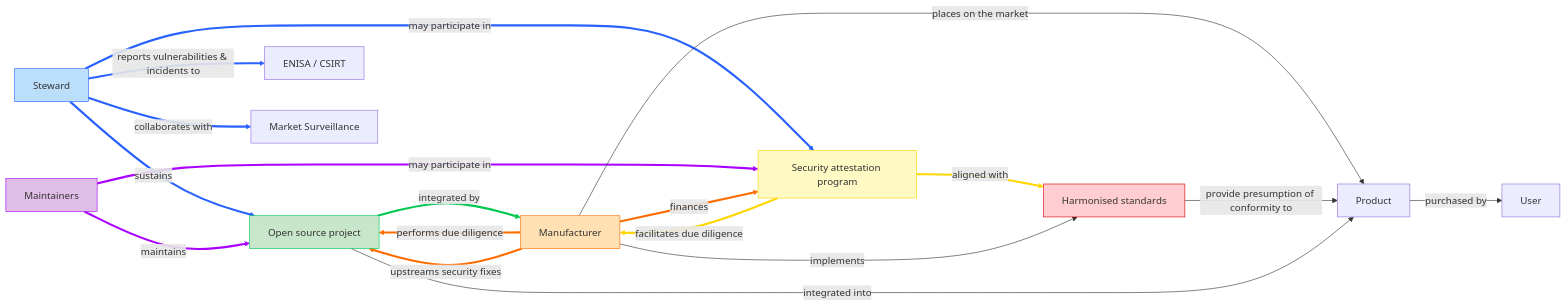
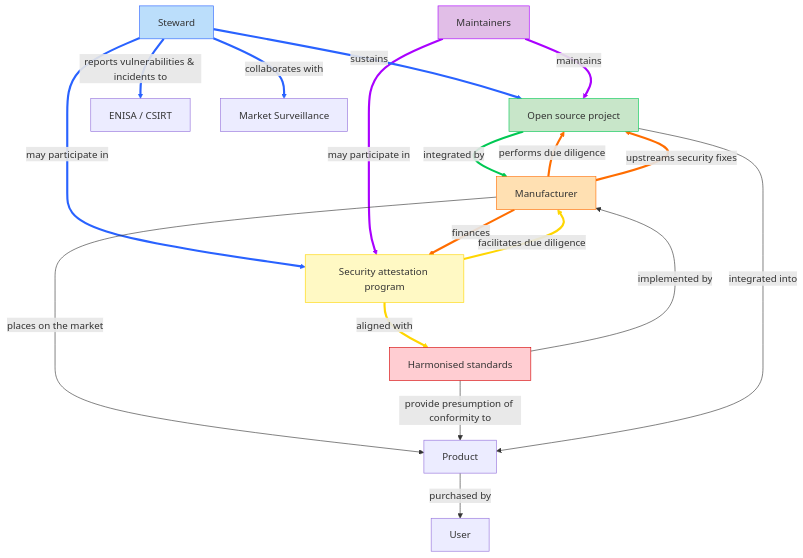
The first of 2 diagrams in cyber-resilience-sig/README.md (orcwg/orcwg), drawn with Mermaid before and after one commit.

Commit message:
Minor updates to diagram

````diff
--- a/cyber-resilience-sig/README.md
+++ b/cyber-resilience-sig/README.md
@@ -23,37 +23,37 @@
 ```mermaid
-flowchart LR
+flowchart
     foss["Open source project"] == integrated by ==> manufacturer["Manufacturer"] 
     manufacturer == performs due diligence ==> foss
     steward["Steward"] == reports vulnerabilities & incidents to ==> enisa["ENISA / CSIRT"]
     steward == collaborates with ==> msa["Market Surveillance"]
     attest["Security attestation program"] == facilitates due diligence ==> manufacturer
     steward == may participate in ==> attest
     maintainers["Maintainers"] == may participate in ==> attest
     manufacturer == finances ==> attest
     steward == sustains ==> foss
     maintainers == maintains ==> foss
     manufacturer == upstreams security fixes ==> foss
     manufacturer -- places on the market --> product["Product"]
     attest == aligned with ==> standards["Harmonised standards"] 
-    manufacturer -- implements --> standards
+    standards -- implemented by --> manufacturer
     standards -- provide presumption of conformity to --> product
     foss -- integrated into --> product
     product -- purchased by --> user["User"]
     
     style steward fill:#BBDEFB,stroke:#2962FF
     linkStyle 2,3,5,8 stroke:#2962FF,fill:none
 
     style manufacturer stroke:#FF6D00,fill:#FFE0B2
     linkStyle 1,7,10 stroke:#FF6D00,fill:none
 
     style foss fill:#C8E6C9,stroke:#00C853
     linkStyle 0 stroke:#00C853,fill:none
 
     style maintainers fill:#E1BEE7,stroke:#AA00FF
     linkStyle 6,9 stroke:#AA00FF,fill:none
 
     style attest fill:#FFF9C4,stroke:#FFD600
     linkStyle 4,12 stroke:#FFD600,fill:none
  
     style standards fill:#FFCDD2,stroke:#D50000
 ```
````
